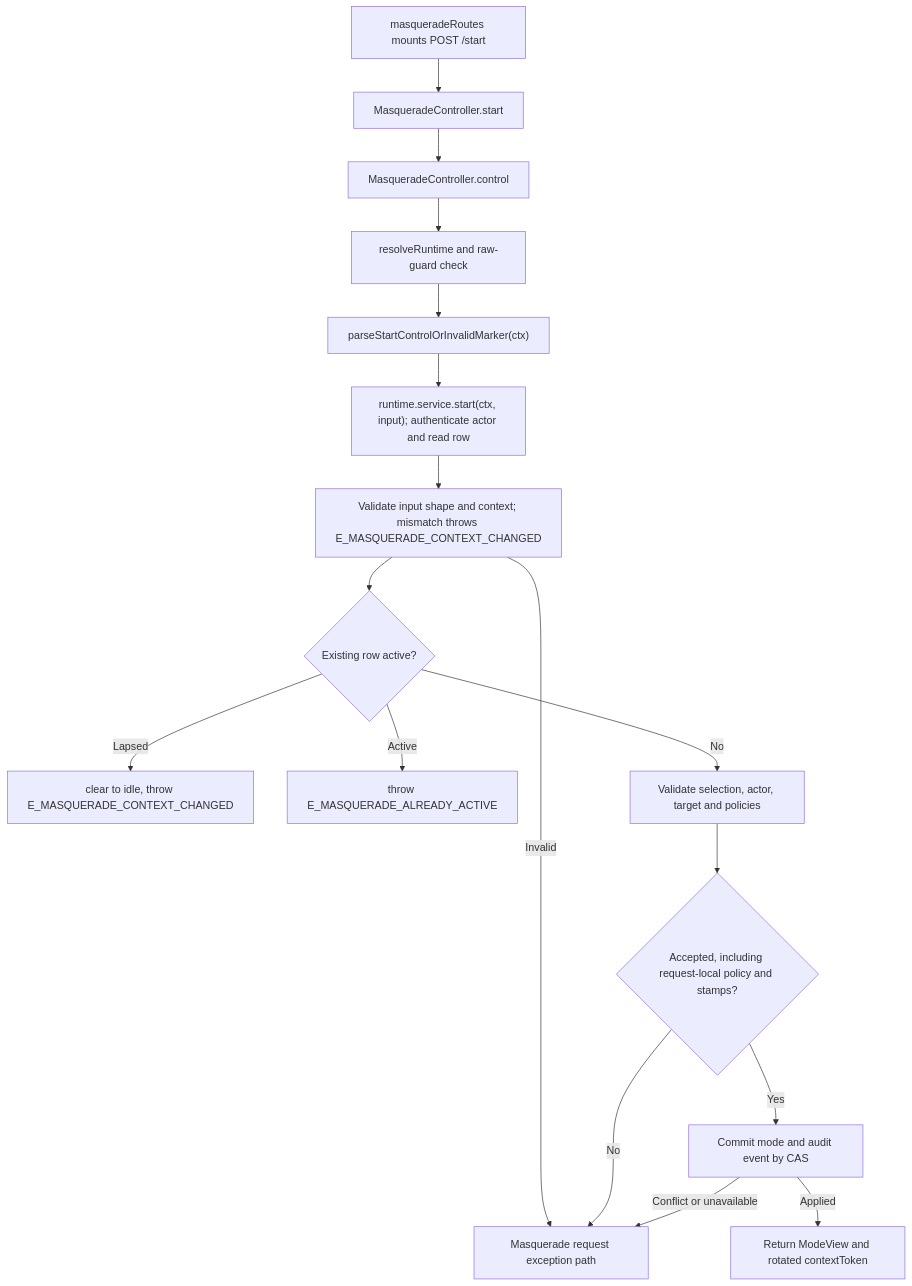
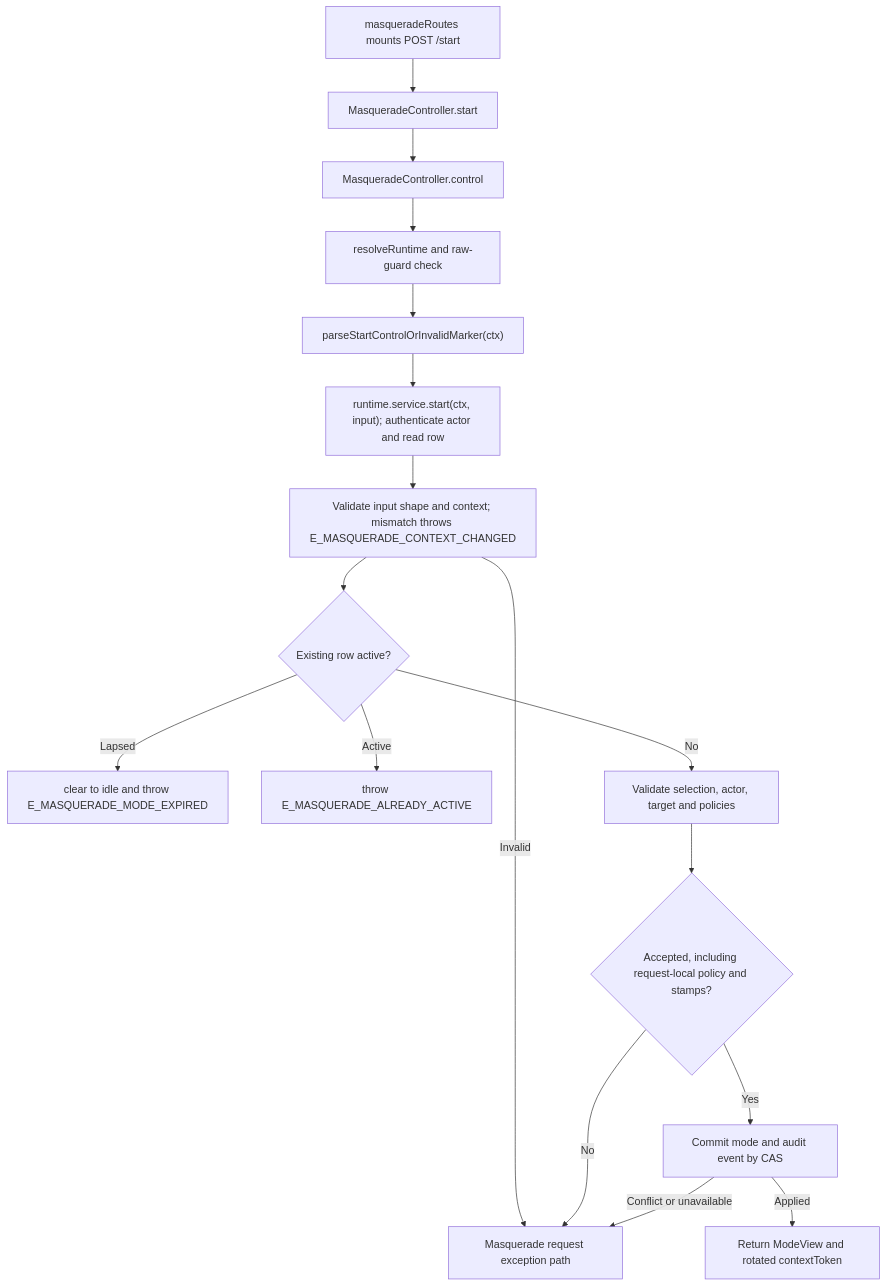
One commit to Kevinjohn/oss-adonisjs-masquerade changed the second of 2 diagrams in user-stories/start-stop-mode/us-actor-01-start-stop-mode.md. Above: the diagram before and after it, drawn with Mermaid. The commit also changed other lines of this file and 99 other files, not shown here.

````diff
--- a/user-stories/start-stop-mode/us-actor-01-start-stop-mode.md
+++ b/user-stories/start-stop-mode/us-actor-01-start-stop-mode.md
@@ -56,19 +56,19 @@
 ```mermaid
 flowchart TD
     A["masqueradeRoutes mounts POST /start"] --> B["MasqueradeController.start"]
     B --> C["MasqueradeController.control"]
     C --> D["resolveRuntime and raw-guard check"]
     D --> E["parseStartControlOrInvalidMarker(ctx)"]
     E --> F["runtime.service.start(ctx, input); authenticate actor and read row"]
     F --> G["Validate input shape and context; mismatch throws E_MASQUERADE_CONTEXT_CHANGED"]
     G -->|Invalid| I
     G --> L{"Existing row active?"}
-    L -->|Lapsed| M["clear to idle, throw E_MASQUERADE_CONTEXT_CHANGED"]
+    L -->|Lapsed| M["clear to idle and throw E_MASQUERADE_MODE_EXPIRED"]
     L -->|Active| N["throw E_MASQUERADE_ALREADY_ACTIVE"]
     L -->|No| P["Validate selection, actor, target and policies"]
     P --> H{"Accepted, including request-local policy and stamps?"}
     H -->|No| I["Masquerade request exception path"]
     H -->|Yes| K["Commit mode and audit event by CAS"]
     K -->|Applied| J["Return ModeView and rotated contextToken"]
     K -->|Conflict or unavailable| I
 ```
````
